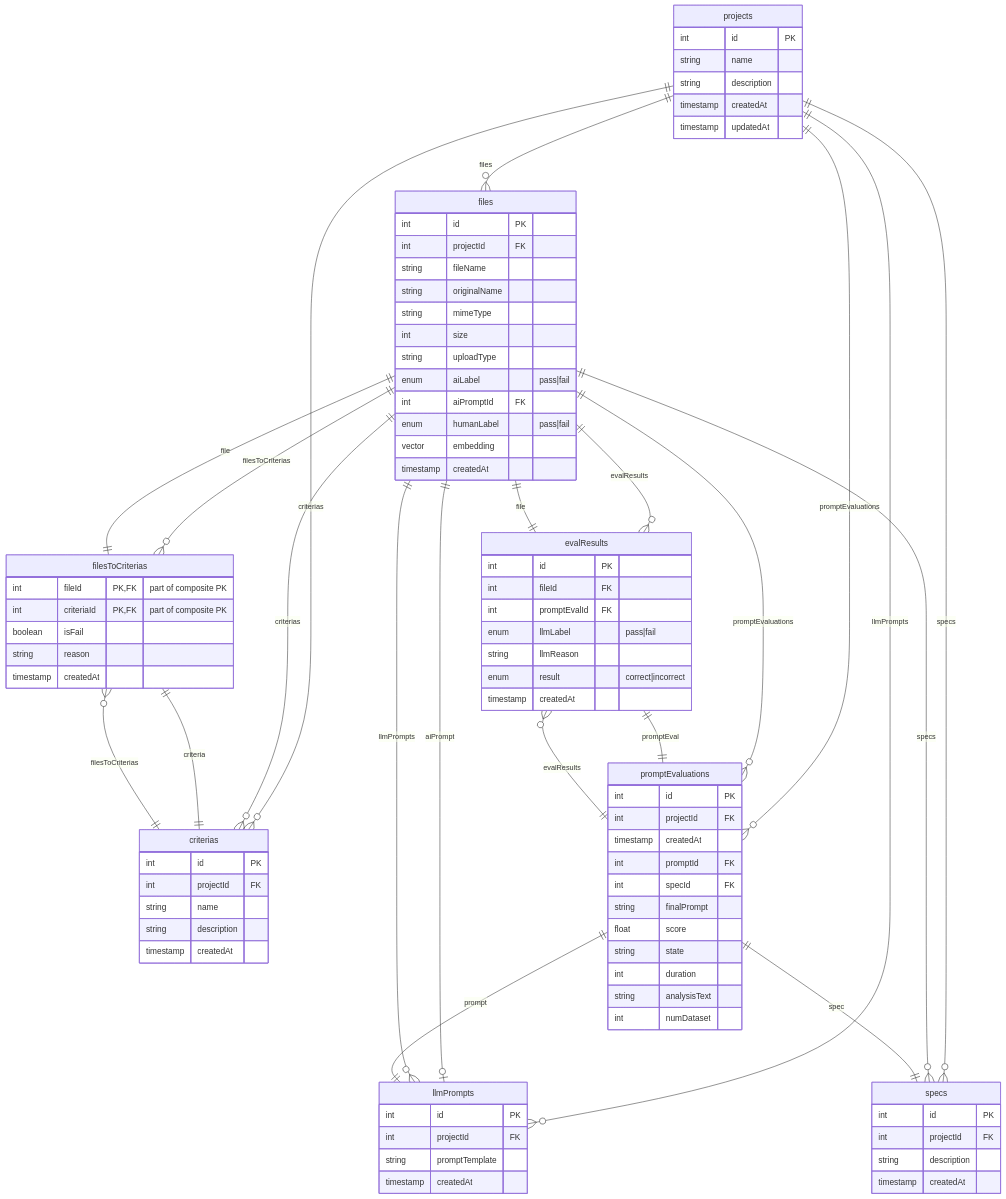
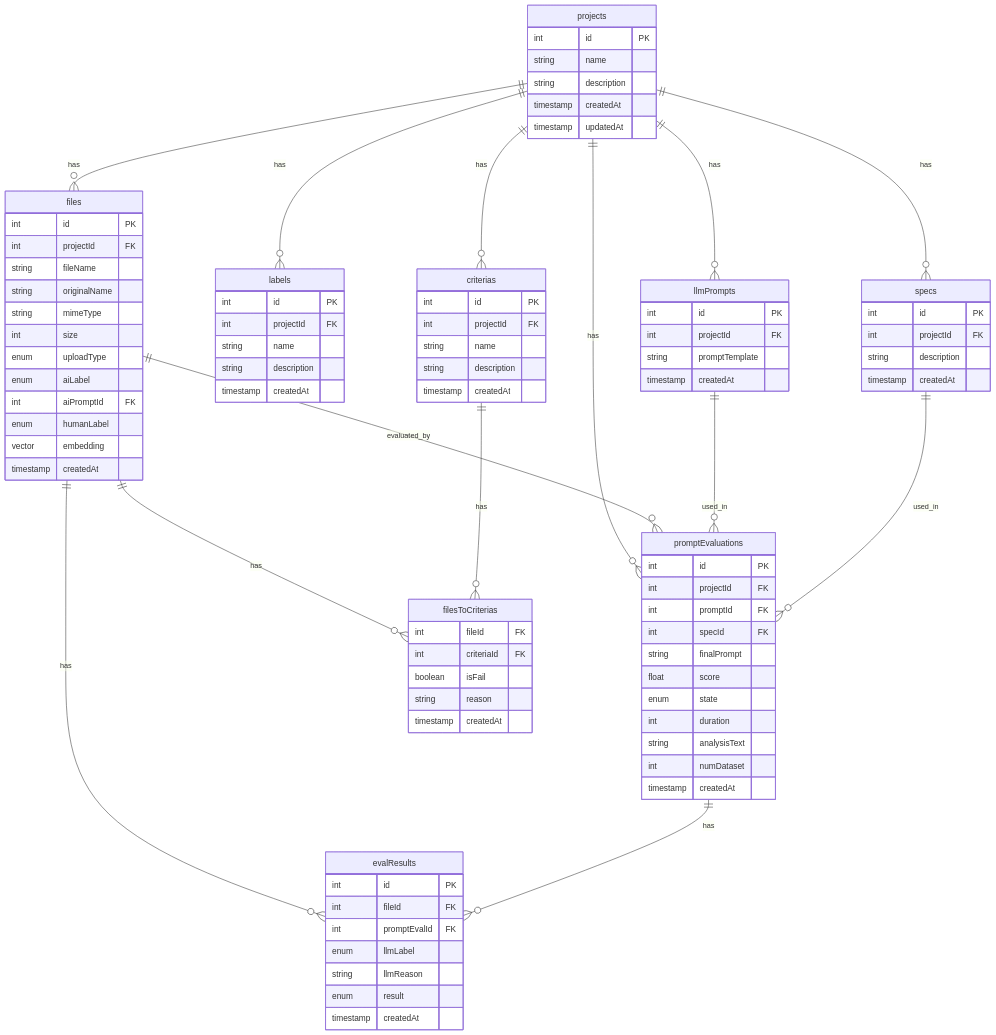
Before and after one commit to msrks/llmbox: the diagram in README.md, drawn with Mermaid.

Commit message:
Update ER diagram with comprehensive project schema relationships
- Refactor README's mermaid ER diagram to show more detailed relationships
- Add new labels table to schema
- Simplify and clarify relationships between projects, files, criterias, and other entities
- Improve overall database schema visualization

````diff
--- a/README.md
+++ b/README.md
@@ -38,5 +38,12 @@
 ```mermaid
 erDiagram
+    projects ||--o{ files : "has"
+    projects ||--o{ labels : "has"
+    projects ||--o{ criterias : "has"
+    projects ||--o{ llmPrompts : "has"
+    projects ||--o{ specs : "has"
+    projects ||--o{ promptEvaluations : "has"
+
     projects {
         int id PK
         string name
@@ -44,6 +51,10 @@
         timestamp createdAt
         timestamp updatedAt
     }
+
+    files ||--o{ filesToCriterias : "has"
+    files ||--o{ evalResults : "has"
+    files ||--o{ promptEvaluations : "evaluated_by"
     files {
         int id PK
         int projectId FK
@@ -51,13 +62,15 @@
         string originalName
         string mimeType
         int size
-        string uploadType
-        enum aiLabel "pass|fail"
+        enum uploadType
+        enum aiLabel
         int aiPromptId FK
-        enum humanLabel "pass|fail"
+        enum humanLabel
         vector embedding
         timestamp createdAt
     }
+
+    criterias ||--o{ filesToCriterias : "has"
     criterias {
         int id PK
         int projectId FK
@@ -65,70 +78,61 @@
         string description
         timestamp createdAt
     }
+
     filesToCriterias {
-        int fileId PK,FK "part of composite PK"
-        int criteriaId PK,FK "part of composite PK"
+        int fileId FK
+        int criteriaId FK
         boolean isFail
         string reason
         timestamp createdAt
     }
+
+    llmPrompts ||--o{ promptEvaluations : "used_in"
     llmPrompts {
         int id PK
         int projectId FK
         string promptTemplate
         timestamp createdAt
     }
+
+    specs ||--o{ promptEvaluations : "used_in"
     specs {
         int id PK
         int projectId FK
         string description
         timestamp createdAt
     }
+
+    promptEvaluations ||--o{ evalResults : "has"
     promptEvaluations {
         int id PK
         int projectId FK
-        timestamp createdAt
         int promptId FK
         int specId FK
         string finalPrompt
         float score
-        string state
+        enum state
         int duration
         string analysisText
         int numDataset
+        timestamp createdAt
     }
+
     evalResults {
         int id PK
         int fileId FK
         int promptEvalId FK
-        enum llmLabel "pass|fail"
+        enum llmLabel
         string llmReason
-        enum result "correct|incorrect"
+        enum result
         timestamp createdAt
     }
 
-
-    projects ||--o{ files : "files"
-    projects ||--o{ criterias : "criterias"
-    projects ||--o{ llmPrompts : "llmPrompts"
-    projects ||--o{ specs : "specs"
-    projects ||--o{ promptEvaluations : "promptEvaluations"
-
-    files ||--o| llmPrompts : "aiPrompt"
-    files ||--o{ filesToCriterias : "filesToCriterias"
-    files ||--o{ evalResults : "evalResults"
-    files ||--o{ criterias : "criterias"
-    files ||--o{ llmPrompts : "llmPrompts"
-    files ||--o{ specs : "specs"
-    files ||--o{ promptEvaluations : "promptEvaluations"
-
-    criterias ||--o{ filesToCriterias : "filesToCriterias"
-    filesToCriterias ||--|| files : "file"
-    filesToCriterias ||--|| criterias : "criteria"
-
-    promptEvaluations ||--|| llmPrompts : "prompt"
-    promptEvaluations ||--|| specs : "spec"
-    promptEvaluations ||--o{ evalResults : "evalResults"
-    evalResults ||--|| files : "file"
-    evalResults ||--|| promptEvaluations : "promptEval"
+    labels {
+        int id PK
+        int projectId FK
+        string name
+        string description
+        timestamp createdAt
+    }
 ```
````
